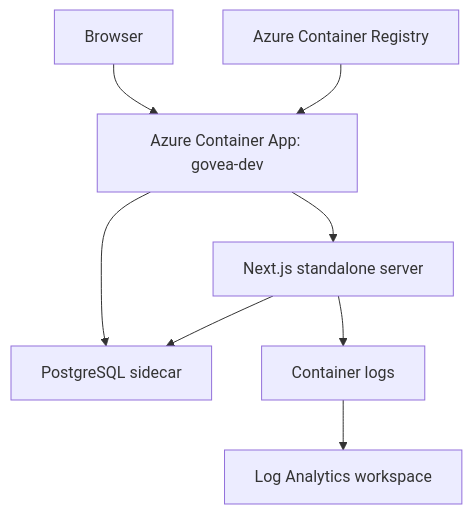
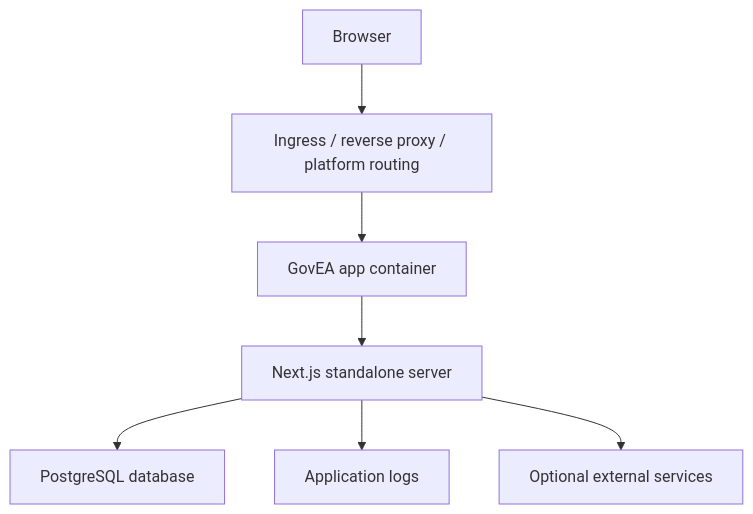
The first of 3 diagrams in docs/architect/runtime-and-deployment.md (roballred/GovEA), drawn with Mermaid before and after one commit. The commit also changed other lines of this file, not shown here.

Commit message:
docs(architect): make runtime deployment container-first

````diff
--- a/docs/architect/runtime-and-deployment.md
+++ b/docs/architect/runtime-and-deployment.md
@@ -7,10 +9,9 @@
 ```mermaid
 flowchart TD
-  User["Browser"] --> ACA["Azure Container App: govea-dev"]
-  ACA --> App["Next.js standalone server"]
-  ACA --> Pg["PostgreSQL sidecar"]
-  App --> Pg
-  App --> Logs["Container logs"]
-  Logs --> LAW["Log Analytics workspace"]
-  ACR["Azure Container Registry"] --> ACA
+  User["Browser"] --> Proxy["Ingress / reverse proxy / platform routing"]
+  Proxy --> App["GovEA app container"]
+  App --> Runtime["Next.js standalone server"]
+  Runtime --> DB["PostgreSQL database"]
+  Runtime --> Logs["Application logs"]
+  Runtime --> Storage["Optional external services"]
 ```
````
